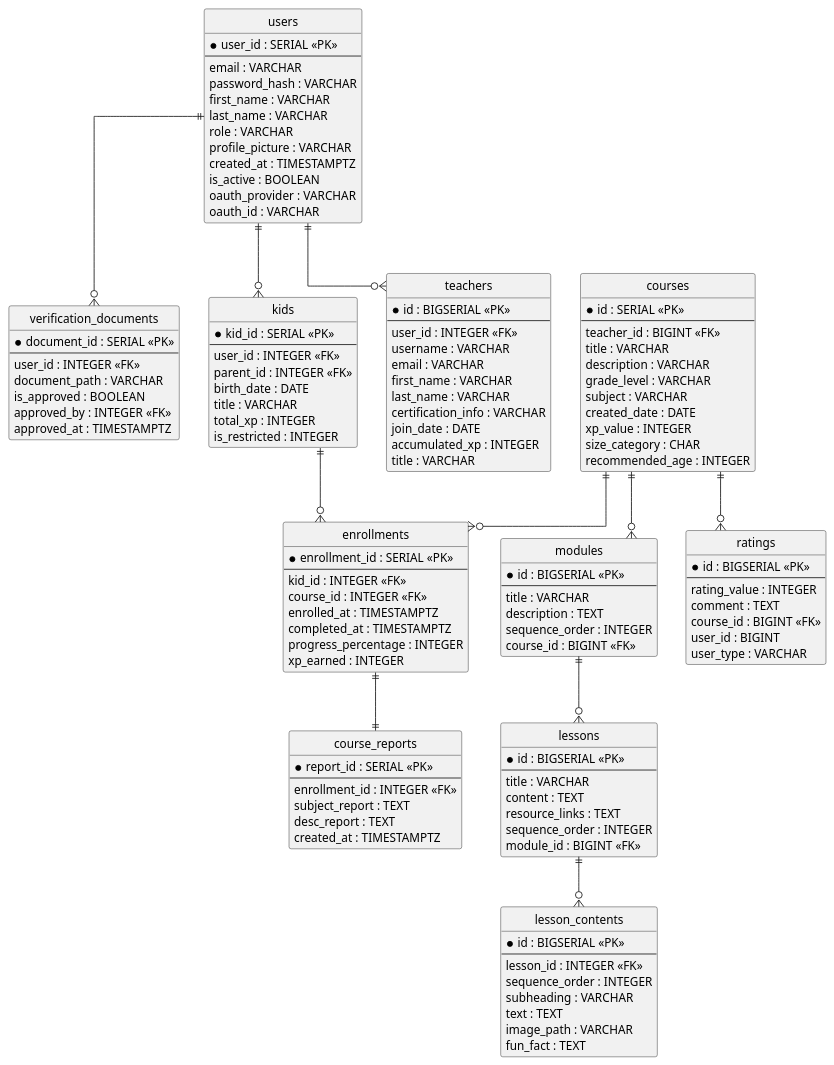
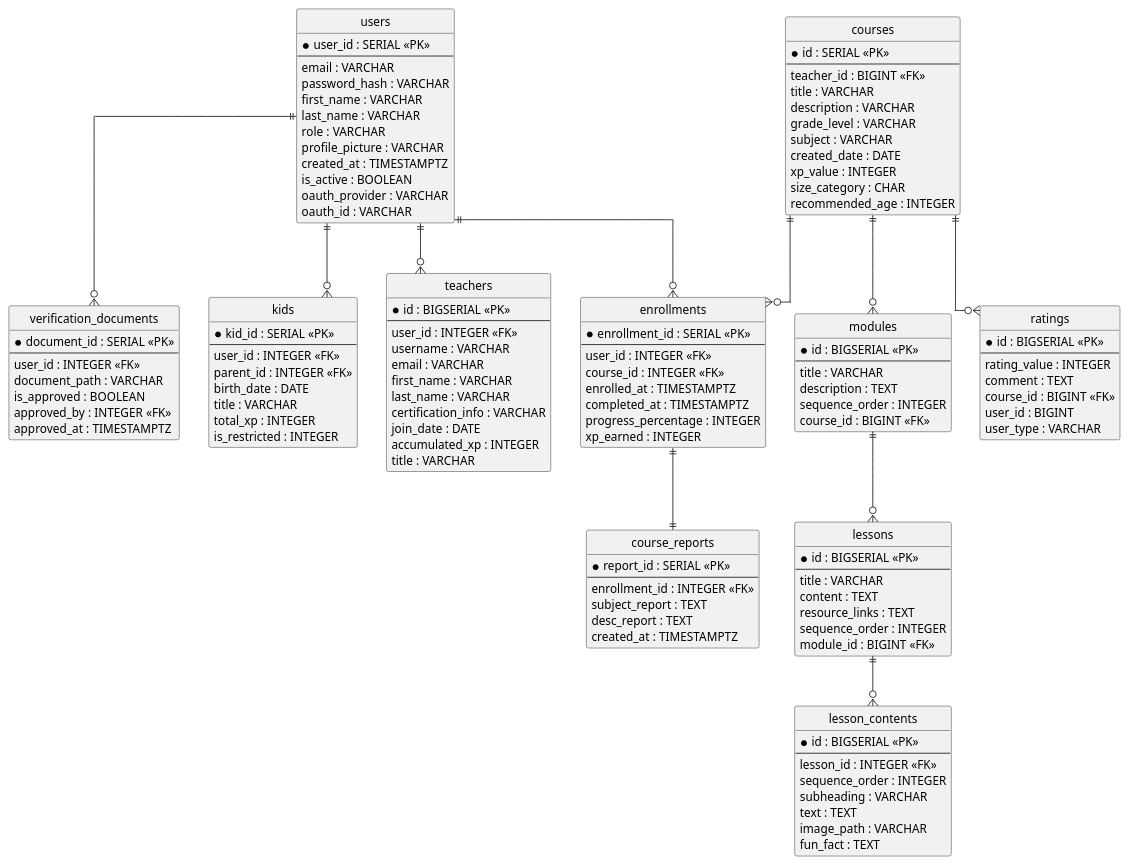
One commit to m-elhamlaoui/development-platform-nova-pioneers changed the diagram in PlantUMLDbSchema.puml. Above: the diagram before and after it, drawn with PlantUML. The commit also changed 1 other file, not shown here.

Commit message:
replace kid_id with user_id

```diff
--- a/PlantUMLDbSchema.puml
+++ b/PlantUMLDbSchema.puml
@@ -1,140 +1,140 @@
 @startuml
 hide circle
 skinparam linetype ortho
 
 entity "users" as users {
   * user_id : SERIAL <<PK>>
   --
   email : VARCHAR
   password_hash : VARCHAR
   first_name : VARCHAR
   last_name : VARCHAR
   role : VARCHAR
   profile_picture : VARCHAR
   created_at : TIMESTAMPTZ
   is_active : BOOLEAN
   oauth_provider : VARCHAR
   oauth_id : VARCHAR
 }
 
 entity "verification_documents" as verification_documents {
   * document_id : SERIAL <<PK>>
   --
   user_id : INTEGER <<FK>>
   document_path : VARCHAR
   is_approved : BOOLEAN
   approved_by : INTEGER <<FK>>
   approved_at : TIMESTAMPTZ
 }
 
 entity "kids" as kids {
   * kid_id : SERIAL <<PK>>
   --
   user_id : INTEGER <<FK>>
   parent_id : INTEGER <<FK>>
   birth_date : DATE
   title : VARCHAR
   total_xp : INTEGER
   is_restricted : INTEGER
 }
 
 entity "teachers" as teachers {
   * id : BIGSERIAL <<PK>>
   --
   user_id : INTEGER <<FK>>
   username : VARCHAR
   email : VARCHAR
   first_name : VARCHAR
   last_name : VARCHAR
   certification_info : VARCHAR
   join_date : DATE
   accumulated_xp : INTEGER
   title : VARCHAR
 }
 
 entity "courses" as courses {
   * id : SERIAL <<PK>>
   --
   teacher_id : BIGINT <<FK>>
   title : VARCHAR
   description : VARCHAR
   grade_level : VARCHAR
   subject : VARCHAR
   created_date : DATE
   xp_value : INTEGER
   size_category : CHAR
   recommended_age : INTEGER
 }
 
 entity "modules" as modules {
   * id : BIGSERIAL <<PK>>
   --
   title : VARCHAR
   description : TEXT
   sequence_order : INTEGER
   course_id : BIGINT <<FK>>
 }
 
 entity "lessons" as lessons {
   * id : BIGSERIAL <<PK>>
   --
   title : VARCHAR
   content : TEXT
   resource_links : TEXT
   sequence_order : INTEGER
   module_id : BIGINT <<FK>>
 }
 
 entity "lesson_contents" as lesson_contents {
   * id : BIGSERIAL <<PK>>
   --
   lesson_id : INTEGER <<FK>>
   sequence_order : INTEGER
   subheading : VARCHAR
   text : TEXT
   image_path : VARCHAR
   fun_fact : TEXT
 }
 
 entity "ratings" as ratings {
   * id : BIGSERIAL <<PK>>
   --
   rating_value : INTEGER
   comment : TEXT
   course_id : BIGINT <<FK>>
   user_id : BIGINT
   user_type : VARCHAR
 }
 
 entity "enrollments" as enrollments {
   * enrollment_id : SERIAL <<PK>>
   --
-  kid_id : INTEGER <<FK>>
+  user_id : INTEGER <<FK>>
   course_id : INTEGER <<FK>>
   enrolled_at : TIMESTAMPTZ
   completed_at : TIMESTAMPTZ
   progress_percentage : INTEGER
   xp_earned : INTEGER
 }
 
 entity "course_reports" as course_reports {
   * report_id : SERIAL <<PK>>
   --
   enrollment_id : INTEGER <<FK>>
   subject_report : TEXT
   desc_report : TEXT
   created_at : TIMESTAMPTZ
 }
 
 ' Relationships
 users ||--o{ verification_documents 
 users ||--o{ kids 
 users ||--o{ teachers 
-kids ||--o{ enrollments 
+users ||--o{ enrollments 
 courses ||--o{ enrollments 
 courses ||--o{ modules 
 modules ||--o{ lessons 
 lessons ||--o{ lesson_contents  
 courses ||--o{ ratings 
 enrollments ||--|| course_reports
 @enduml
```
